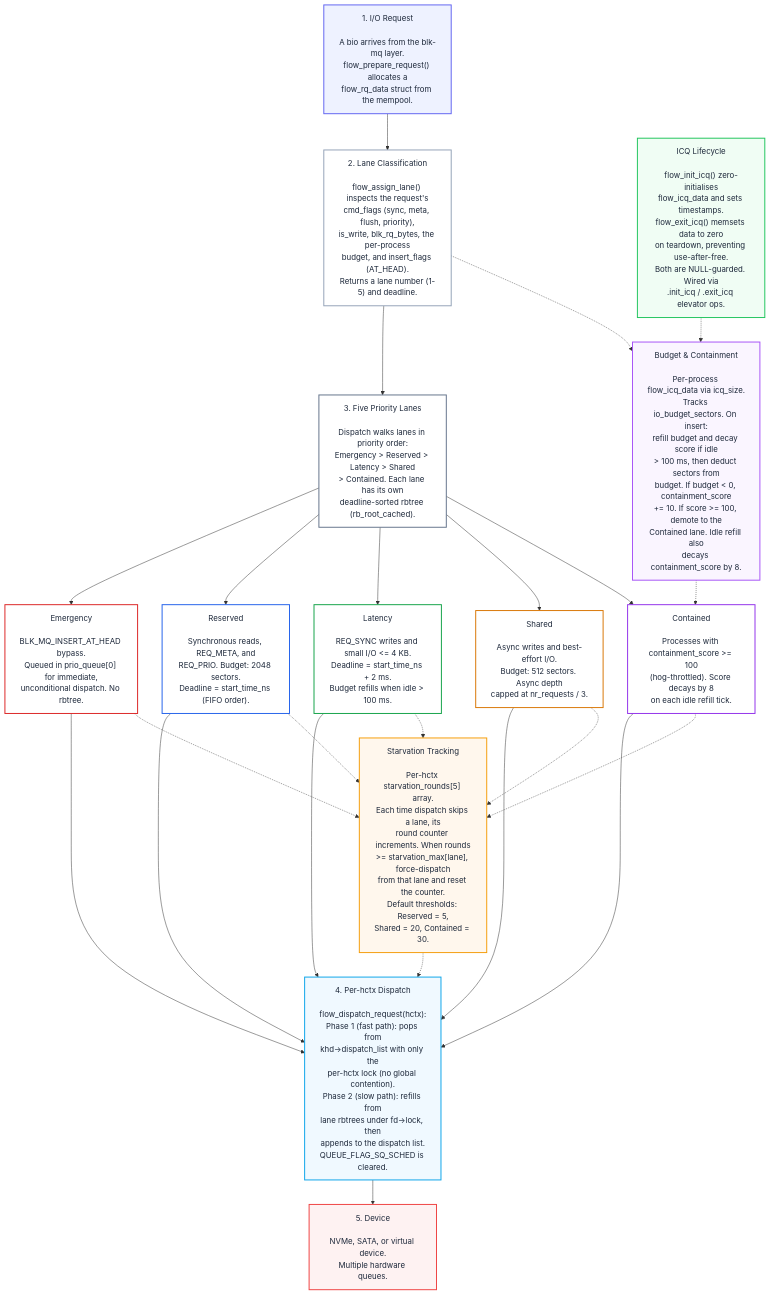
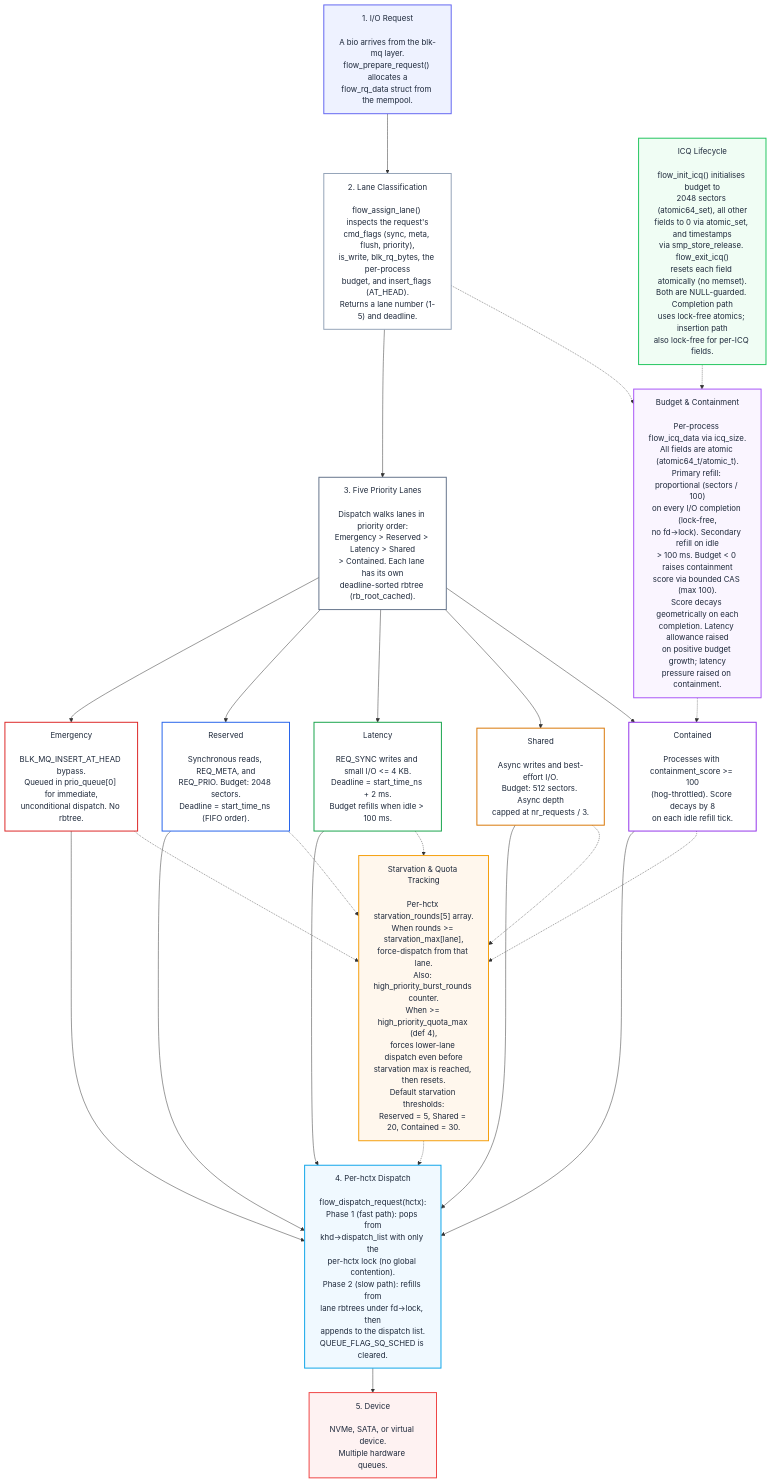
One commit to galpt/flow-iosched changed the diagram in README.md. Above: the diagram before and after it, drawn with Mermaid. The commit also changed other lines of this file, not shown here.

First line of the commit message:
README: update for v2.0.0 — budget, atomics, autotune, and IO profile changes

```diff
--- a/README.md
+++ b/README.md
@@ -97,32 +101,39 @@
     J1["Budget & Containment
 
 Per-process flow_icq_data via icq_size.
-Tracks io_budget_sectors. On insert:
-refill budget and decay score if idle
-> 100 ms, then deduct sectors from
-budget. If budget < 0, containment_score
-+= 10. If score >= 100, demote to the
-Contained lane. Idle refill also
-decays containment_score by 8."]
+All fields are atomic (atomic64_t/atomic_t).
+Primary refill: proportional (sectors / 100)
+on every I/O completion (lock-free,
+no fd->lock). Secondary refill on idle
+> 100 ms. Budget < 0 raises containment
+score via bounded CAS (max 100).
+Score decays geometrically on each
+completion. Latency allowance raised
+on positive budget growth; latency
+pressure raised on containment."]
 
-    K1["Starvation Tracking
+    K1["Starvation & Quota Tracking
 
 Per-hctx starvation_rounds[5] array.
-Each time dispatch skips a lane, its
-round counter increments. When rounds
->= starvation_max[lane], force-dispatch
-from that lane and reset the counter.
-Default thresholds: Reserved = 5,
-Shared = 20, Contained = 30."]
+When rounds >= starvation_max[lane],
+force-dispatch from that lane.
+Also: high_priority_burst_rounds counter.
+When >= high_priority_quota_max (def 4),
+forces lower-lane dispatch even before
+starvation max is reached, then resets.
+Default starvation thresholds:
+Reserved = 5, Shared = 20, Contained = 30."]
 
     L1["ICQ Lifecycle
 
-flow_init_icq() zero-initialises
-flow_icq_data and sets timestamps.
-flow_exit_icq() memsets data to zero
-on teardown, preventing use-after-free.
-Both are NULL-guarded. Wired via
-.init_icq / .exit_icq elevator ops."]
+flow_init_icq() initialises budget to
+2048 sectors (atomic64_set), all other
+fields to 0 via atomic_set, and timestamps
+via smp_store_release. flow_exit_icq()
+resets each field atomically (no memset).
+Both are NULL-guarded. Completion path
+uses lock-free atomics; insertion path
+also lock-free for per-ICQ fields."]
 
     A1 --> B1
     B1 --> N3
```
